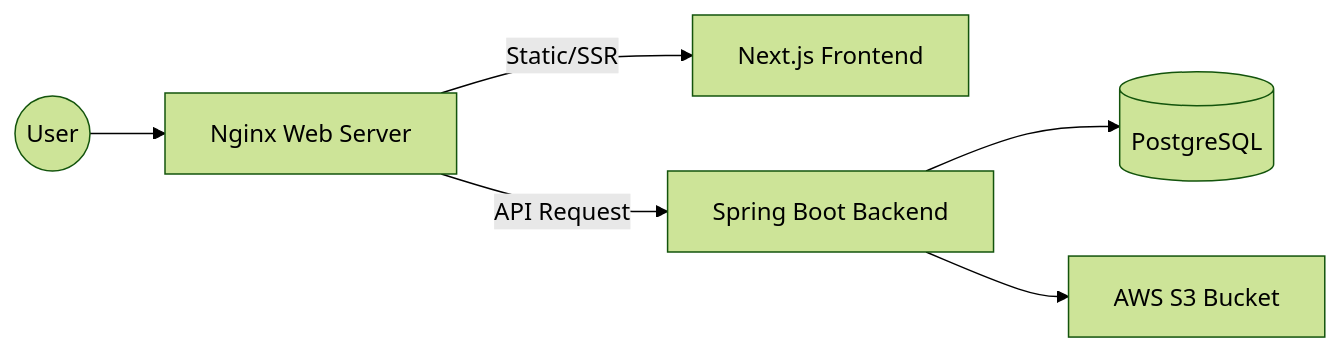
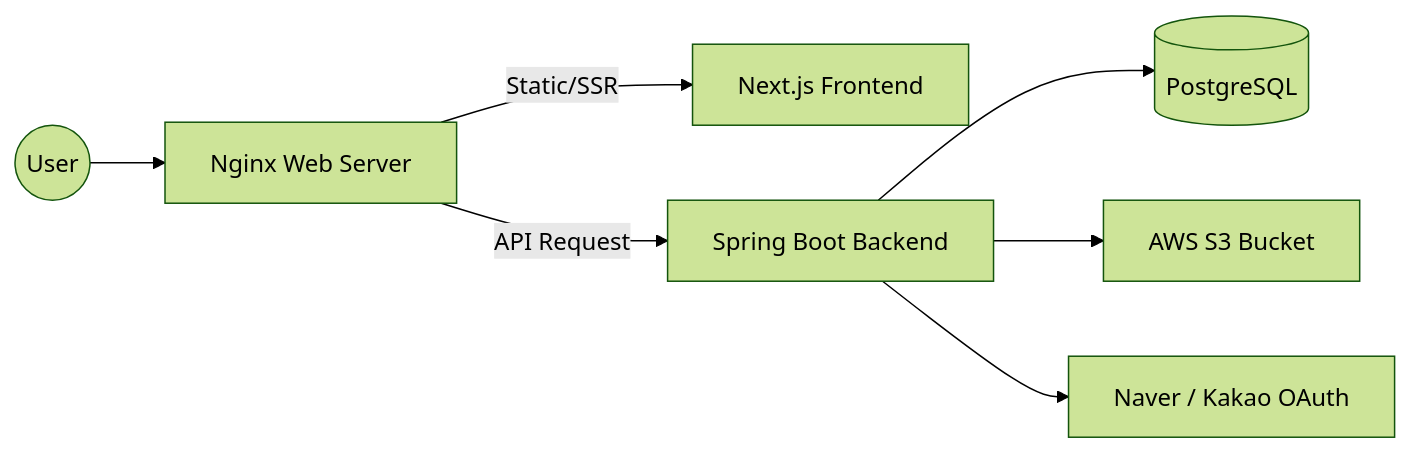
One commit to dungeong/dreamshowchoir-homepage changed the diagram in README.md. Above: the diagram before and after it, drawn with Mermaid (forest theme). The commit also changed other lines of this file, not shown here.

`````diff
--- a/README.md
+++ b/README.md
@@ -127,8 +53,9 @@
 ```mermaid
 graph LR
     User((User)) --> Nginx[Nginx Web Server]
-    Nginx --> |Static/SSR| Next[Next.js Frontend]
-    Nginx --> |API Request| Boot[Spring Boot Backend]
+    Nginx -->|Static/SSR| Next[Next.js Frontend]
+    Nginx -->|API Request| Boot[Spring Boot Backend]
     Boot --> DB[(PostgreSQL)]
     Boot --> S3[AWS S3 Bucket]
-````
+    Boot --> OAuth[Naver / Kakao OAuth]
+```
`````
